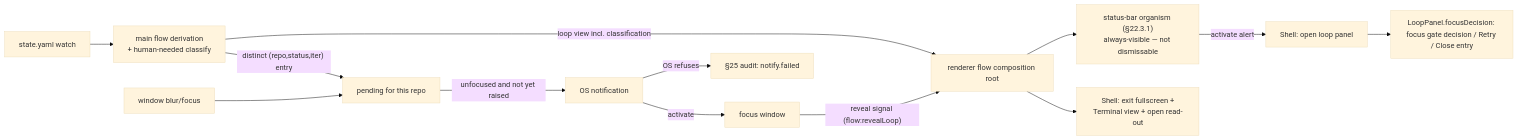
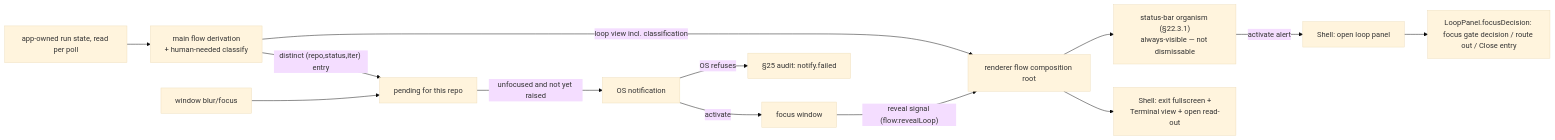
Before and after one commit to dylanb/agent-terminal: the first of 2 diagrams in docs/spec/24-build-plan-ui-inwards.md, drawn with Mermaid (base theme). The commit also changed other lines of this file and 13 other files, not shown here.

````diff
--- a/docs/spec/24-build-plan-ui-inwards.md
+++ b/docs/spec/24-build-plan-ui-inwards.md
@@ -119,15 +119,15 @@
 ```mermaid
 flowchart LR
-  SY["state.yaml watch"] --> M["main flow derivation<br/>+ human-needed classify"]
+  SY["app-owned run state, read per poll"] --> M["main flow derivation<br/>+ human-needed classify"]
   M -->|"loop view incl. classification"| R["renderer flow composition root"]
   R --> CUE["status-bar organism (§22.3.1)<br/>always-visible — not dismissable"]
   CUE -->|"activate alert"| OPENPANEL["Shell: open loop panel"]
-  OPENPANEL --> FOCUSGATE["LoopPanel.focusDecision: focus gate decision / Retry / Close entry"]
+  OPENPANEL --> FOCUSGATE["LoopPanel.focusDecision: focus gate decision / route out / Close entry"]
   M -->|"distinct (repo,status,iter) entry"| P["pending for this repo"]
   BLUR["window blur/focus"] --> P
   P -->|"unfocused and not yet raised"| OSN["OS notification"]
   OSN -->|"OS refuses"| AUD["§25 audit: notify.failed"]
   OSN -->|"activate"| FOCUS["focus window"]
   FOCUS -->|"reveal signal (flow:revealLoop)"| R
   R --> OPEN["Shell: exit fullscreen +<br/>Terminal view + open read-out"]
 ```
````
